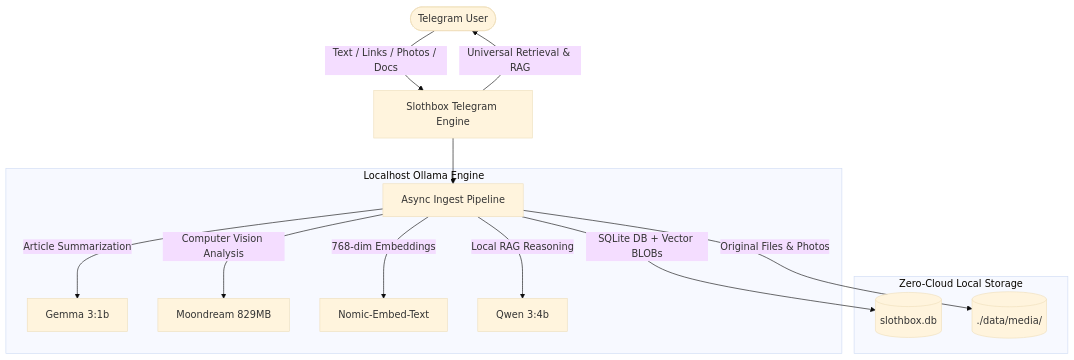
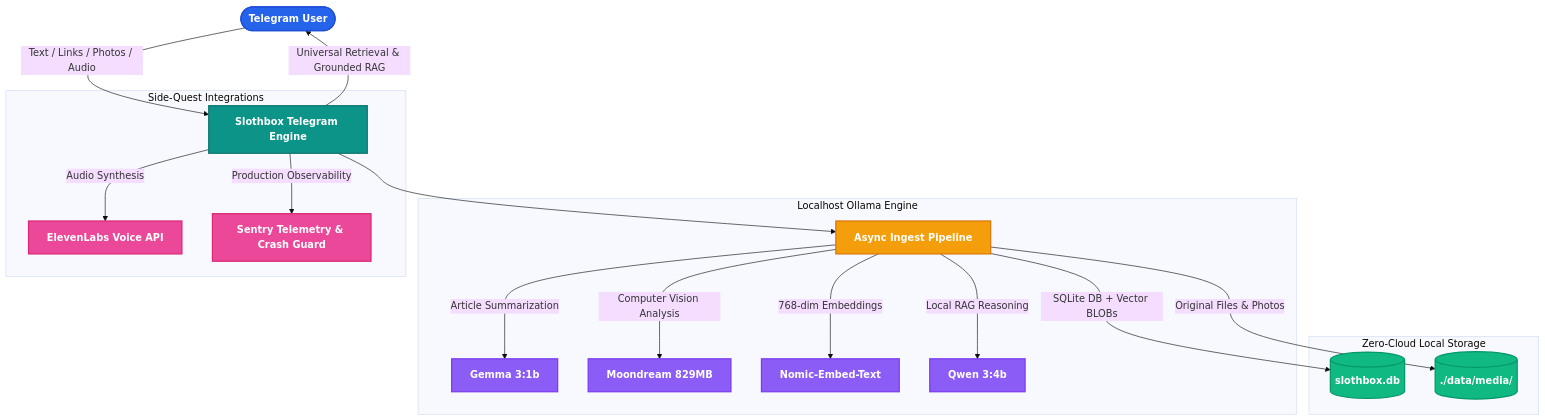
Before and after one commit to TejasRawool186/Slothbox: the diagram in README.md, drawn with Mermaid (base theme). The commit also changed other lines of this file and 4 other files, not shown here.

Commit message:
docs: update README with YouTube video demo, colorful architecture, and screenshots

````diff
--- a/README.md
+++ b/README.md
@@ -31,19 +57,31 @@
 ```mermaid
 graph TD
-    User([Telegram User]) -->|Text / Links / Photos / Docs| Bot[Slothbox Telegram Engine]
-    Bot --> Ingest[Async Ingest Pipeline]
+    classDef userClass fill:#2563EB,stroke:#1D4ED8,stroke-width:2px,color:#FFFFFF,font-weight:bold;
+    classDef botClass fill:#0D9488,stroke:#0F766E,stroke-width:2px,color:#FFFFFF,font-weight:bold;
+    classDef pipeClass fill:#F59E0B,stroke:#D97706,stroke-width:2px,color:#FFFFFF,font-weight:bold;
+    classDef modelClass fill:#8B5CF6,stroke:#7C3AED,stroke-width:2px,color:#FFFFFF,font-weight:bold;
+    classDef storageClass fill:#10B981,stroke:#059669,stroke-width:2px,color:#FFFFFF,font-weight:bold;
+    classDef sideClass fill:#EC4899,stroke:#DB2777,stroke-width:2px,color:#FFFFFF,font-weight:bold;
+
+    User([Telegram User]):::userClass -->|Text / Links / Photos / Audio| Bot[Slothbox Telegram Engine]:::botClass
+    Bot --> Ingest[Async Ingest Pipeline]:::pipeClass
     
     subgraph Localhost Ollama Engine
-        Ingest -->|Article Summarization| Gemma[Gemma 3:1b]
-        Ingest -->|Computer Vision Analysis| Moondream[Moondream 829MB]
-        Ingest -->|768-dim Embeddings| Nomic[Nomic-Embed-Text]
-        Ingest -->|Local RAG Reasoning| Qwen[Qwen 3:4b]
+        Ingest -->|Article Summarization| Gemma[Gemma 3:1b]:::modelClass
+        Ingest -->|Computer Vision Analysis| Moondream[Moondream 829MB]:::modelClass
+        Ingest -->|768-dim Embeddings| Nomic[Nomic-Embed-Text]:::modelClass
+        Ingest -->|Local RAG Reasoning| Qwen[Qwen 3:4b]:::modelClass
+    end
+
+    subgraph Side-Quest Integrations
+        Bot -->|Audio Synthesis| ElevenLabs[ElevenLabs Voice API]:::sideClass
+        Bot -->|Production Observability| Sentry[Sentry Telemetry & Crash Guard]:::sideClass
     end
 
     subgraph Zero-Cloud Local Storage
-        Ingest -->|SQLite DB + Vector BLOBs| DB[(slothbox.db)]
-        Ingest -->|Original Files & Photos| Media[(./data/media/)]
+        Ingest -->|SQLite DB + Vector BLOBs| DB[(slothbox.db)]:::storageClass
+        Ingest -->|Original Files & Photos| Media[(./data/media/)]:::storageClass
     end
 
-    Bot -->|Universal Retrieval & RAG| User
+    Bot -->|Universal Retrieval & Grounded RAG| User
 ```
````
